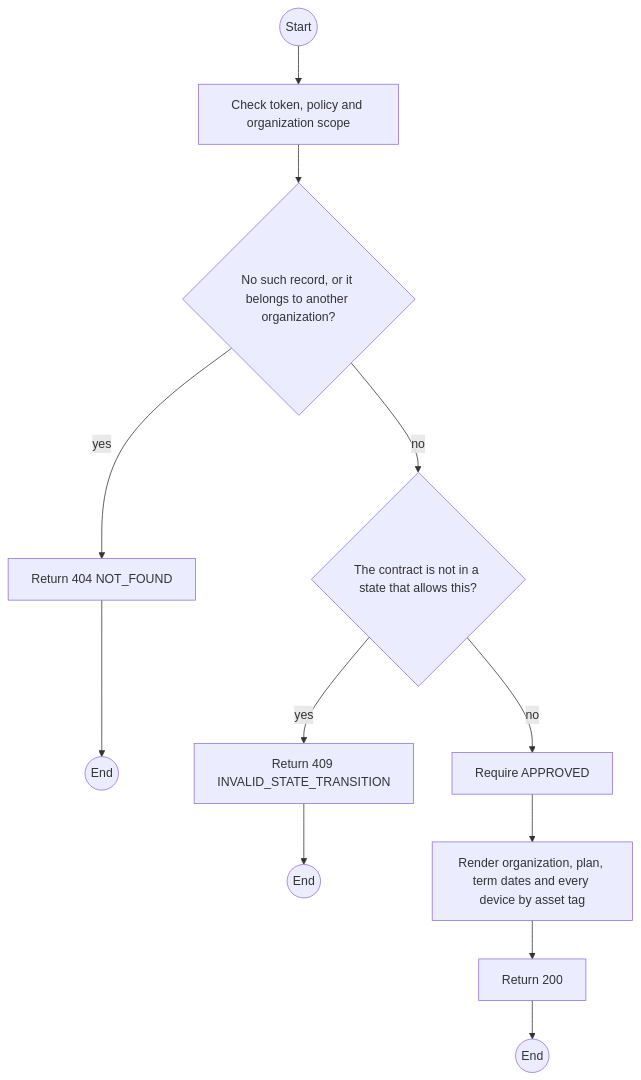
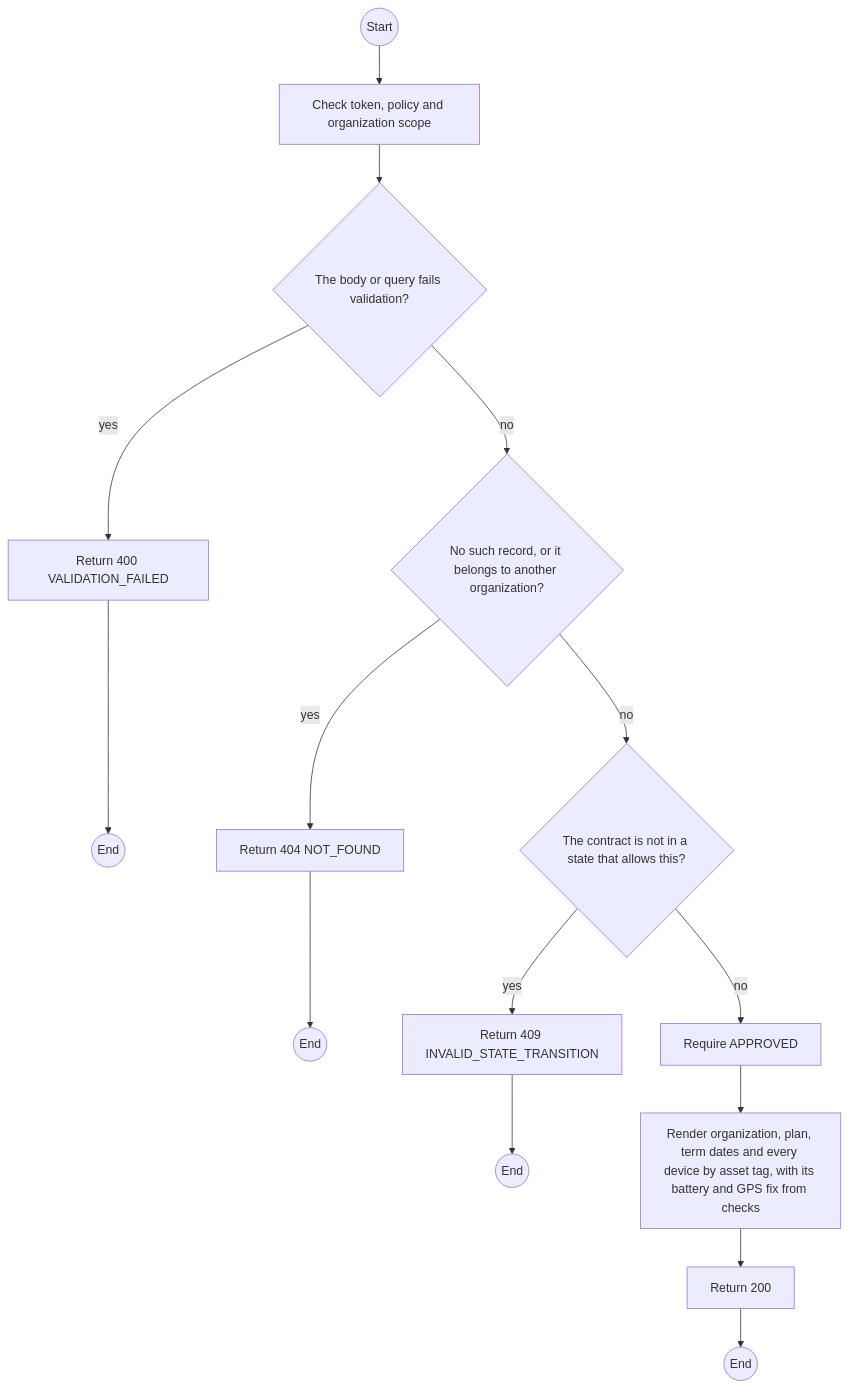
The first of 2 diagrams in specs/rentals/api-design/08-get-contracts-id-handover-note-preview.md (TrekLink-Team/treklink-web), drawn with Mermaid before and after one commit. The commit also changed other lines of this file and 9 other files, not shown here.

First line of the commit message:
fix: print the counter's battery and GPS readings on the handover note preview

````diff
--- a/specs/rentals/api-design/08-get-contracts-id-handover-note-preview.md
+++ b/specs/rentals/api-design/08-get-contracts-id-handover-note-preview.md
@@ -125,23 +148,28 @@
 ```mermaid
 flowchart TB
     S((Start))
     A0["Check token, policy and organization scope"]
     S --> A0
-    D1{"No such record, or it belongs to another organization?"}
+    D1{"The body or query fails validation?"}
     A0 --> D1
-    E1["Return 404 NOT_FOUND"]
+    E1["Return 400 VALIDATION_FAILED"]
     D1 -->|yes| E1
     E1 --> X1((End))
-    D2{"The contract is not in a state that allows this?"}
+    D2{"No such record, or it belongs to another organization?"}
     D1 -->|no| D2
-    E2["Return 409 INVALID_STATE_TRANSITION"]
+    E2["Return 404 NOT_FOUND"]
     D2 -->|yes| E2
     E2 --> X2((End))
+    D3{"The contract is not in a state that allows this?"}
+    D2 -->|no| D3
+    E3["Return 409 INVALID_STATE_TRANSITION"]
+    D3 -->|yes| E3
+    E3 --> X3((End))
     P0["Require APPROVED"]
-    D2 -->|no| P0
-    P1["Render organization, plan, term dates and every device by asset tag"]
+    D3 -->|no| P0
+    P1["Render organization, plan, term dates and every device by asset tag, with its battery and GPS fix from checks"]
     P0 --> P1
     OK["Return 200"]
     P1 --> OK
     OK --> Z((End))
 ```
````
